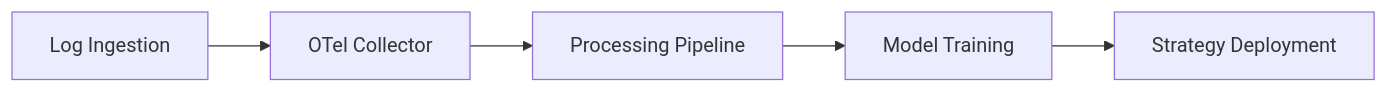
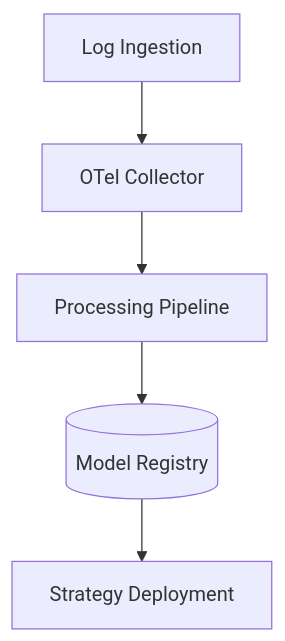
One commit to yegorsokolov/BotCopier changed the diagram in docs/architecture.md. Above: the diagram before and after it, drawn with Mermaid. The commit also changed other lines of this file and 6 other files, not shown here.

````diff
--- a/docs/architecture.md
+++ b/docs/architecture.md
@@ -7,7 +5,7 @@
 ```mermaid
-flowchart LR
-    A[Log Ingestion] --> B[OTel Collector]
-    B --> C[Processing Pipeline]
-    C --> D[Model Training]
-    D --> E[Strategy Deployment]
+flowchart TB
+    logs[Log Ingestion] --> collector[OTel Collector]
+    collector --> pipeline[Processing Pipeline]
+    pipeline --> registry[(Model Registry)]
+    registry --> deploy[Strategy Deployment]
 ```
````
